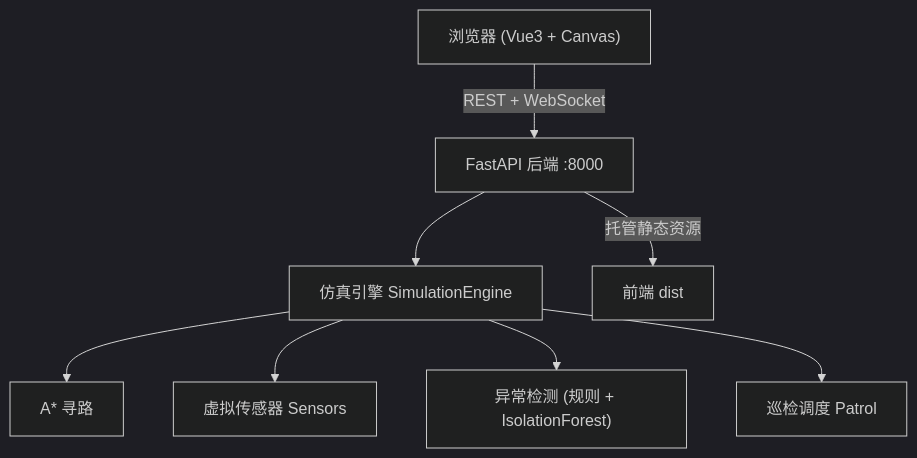
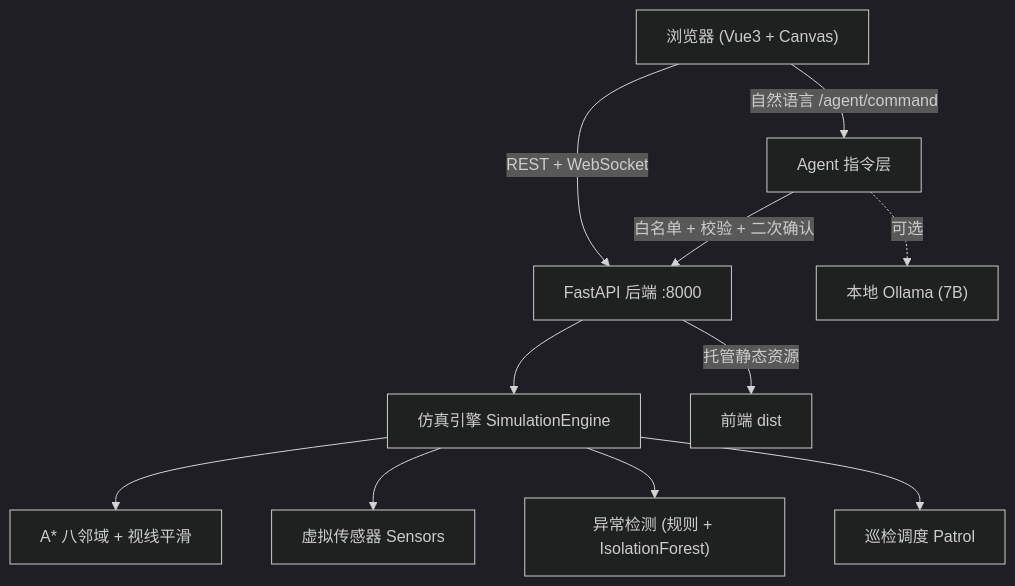
Before and after one commit to chenkaixin565-coder/2d--automaticcar: the diagram in README.md, drawn with Mermaid (dark theme). The commit also changed other lines of this file and 43 other files, not shown here.

First line of the commit message:
feat(agent): V2.3.0 自然语言 Agent + 八邻域 A* 与路径平滑

````diff
--- a/README.md
+++ b/README.md
@@ -81,10 +95,13 @@
 ```mermaid
 graph TD
     Browser["浏览器 (Vue3 + Canvas)"] -->|REST + WebSocket| Backend["FastAPI 后端 :8000"]
+    Browser -->|自然语言 /agent/command| Agent["Agent 指令层"]
+    Agent -->|白名单 + 校验 + 二次确认| Backend
+    Agent -.->|可选| LLM["本地 Ollama (7B)"]
     Backend --> Engine["仿真引擎 SimulationEngine"]
-    Engine --> AStar["A* 寻路"]
+    Engine --> AStar["A* 八邻域 + 视线平滑"]
     Engine --> Sensors["虚拟传感器 Sensors"]
     Engine --> Anomaly["异常检测 (规则 + IsolationForest)"]
     Engine --> Patrol["巡检调度 Patrol"]
     Backend -->|托管静态资源| Static["前端 dist"]
 ```
````
